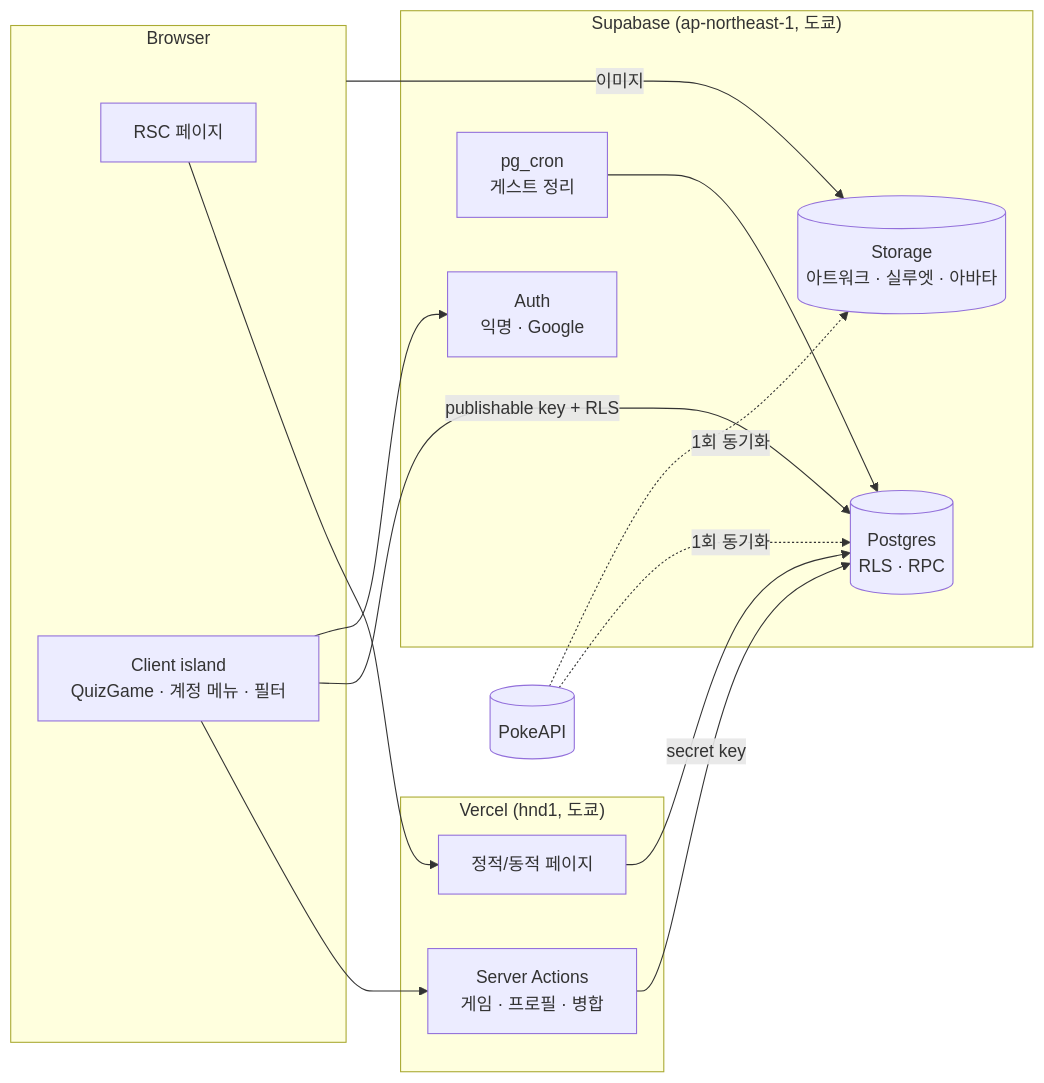
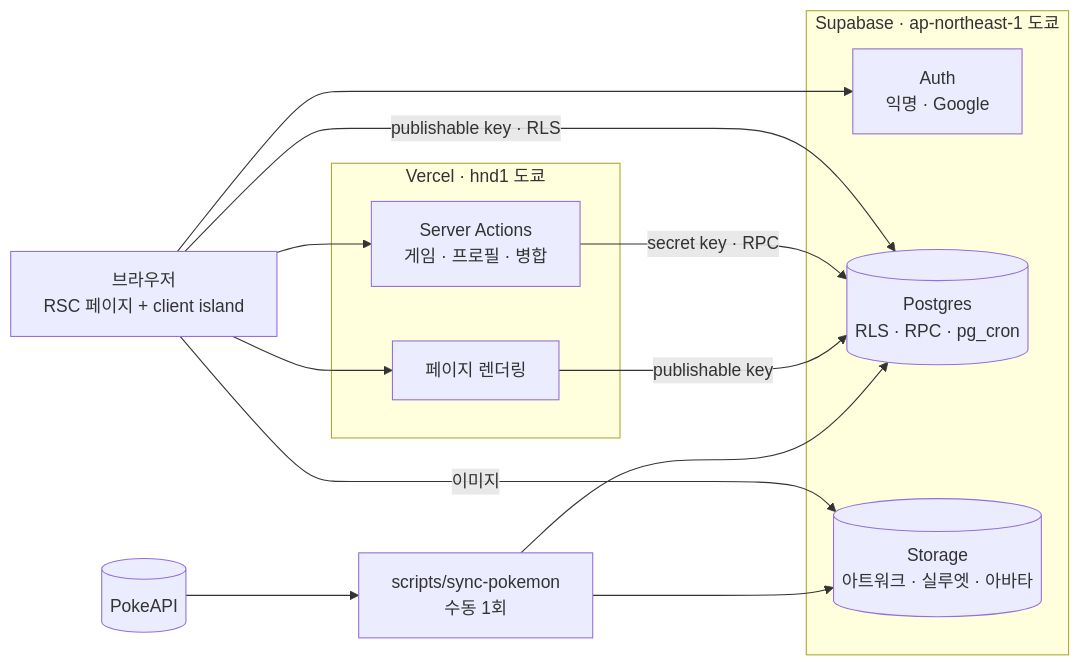
One commit to ottuck/pokepedia changed the diagram in docs/system_design.md. Above: the diagram before and after it, drawn with Mermaid. The commit also changed 1 other file, not shown here.

Commit message:
docs: 구성도를 선이 덜 겹치게 단순화

````diff
--- a/docs/system_design.md
+++ b/docs/system_design.md
@@ -36,25 +36,20 @@
 ```mermaid
 flowchart LR
-  subgraph Browser
-    RSC[RSC 페이지]
-    Island[Client island<br/>QuizGame · 계정 메뉴 · 필터]
-  end
-  subgraph Vercel["Vercel (hnd1, 도쿄)"]
-    Pages[정적/동적 페이지]
+  UI["브라우저<br/>RSC 페이지 + client island"]
+  subgraph Vercel["Vercel · hnd1 도쿄"]
+    Pages[페이지 렌더링]
     Actions[Server Actions<br/>게임 · 프로필 · 병합]
   end
-  subgraph Supabase["Supabase (ap-northeast-1, 도쿄)"]
-    DB[(Postgres<br/>RLS · RPC)]
+  subgraph Supabase["Supabase · ap-northeast-1 도쿄"]
     Auth[Auth<br/>익명 · Google]
+    DB[(Postgres<br/>RLS · RPC · pg_cron)]
     Storage[(Storage<br/>아트워크 · 실루엣 · 아바타)]
-    Cron[pg_cron<br/>게스트 정리]
   end
-  PokeAPI[(PokeAPI)] -. 1회 동기화 .-> DB
-  PokeAPI -. 1회 동기화 .-> Storage
-  RSC --> Pages --> DB
-  Island --> Actions -- secret key --> DB
-  Island -- publishable key + RLS --> DB
-  Island --> Auth
-  Browser -- 이미지 --> Storage
-  Cron --> DB
+  PokeAPI[(PokeAPI)] --> Sync[scripts/sync-pokemon<br/>수동 1회]
+  Sync --> DB & Storage
+  UI --> Pages -- publishable key --> DB
+  UI --> Actions -- secret key · RPC --> DB
+  UI -- publishable key · RLS --> DB
+  UI --> Auth
+  UI -- 이미지 --> Storage
 ```
````
